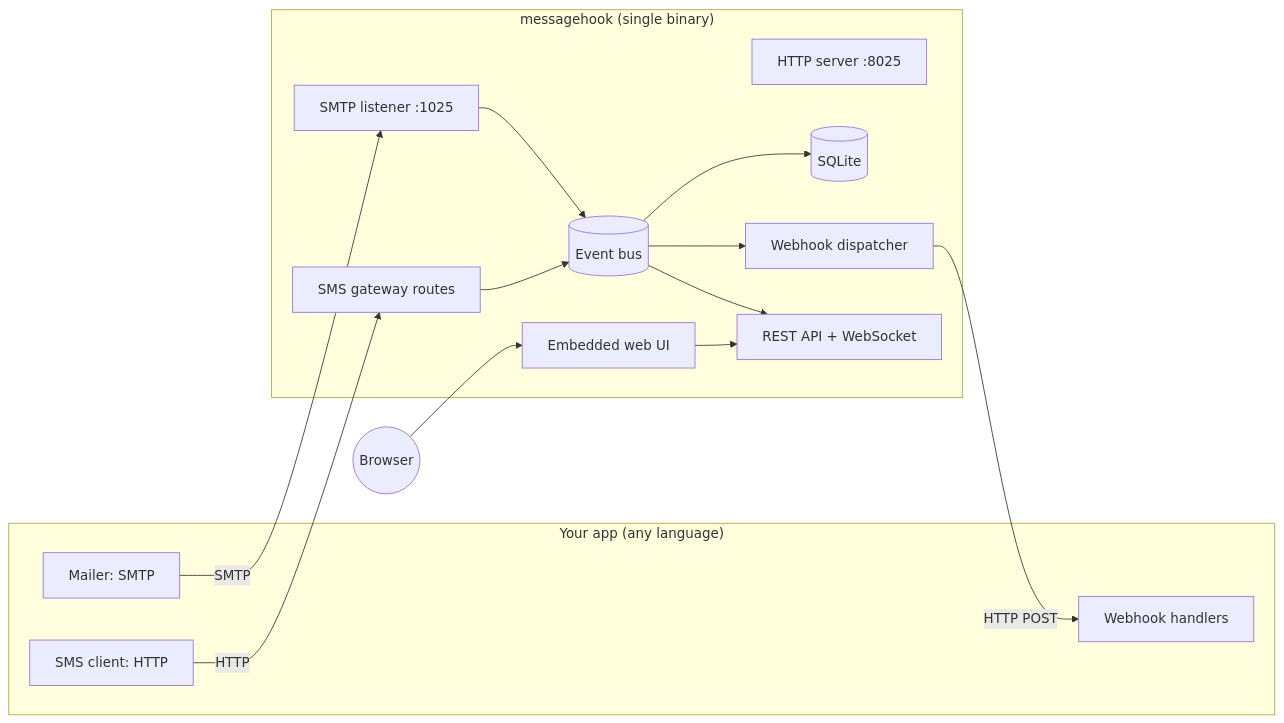
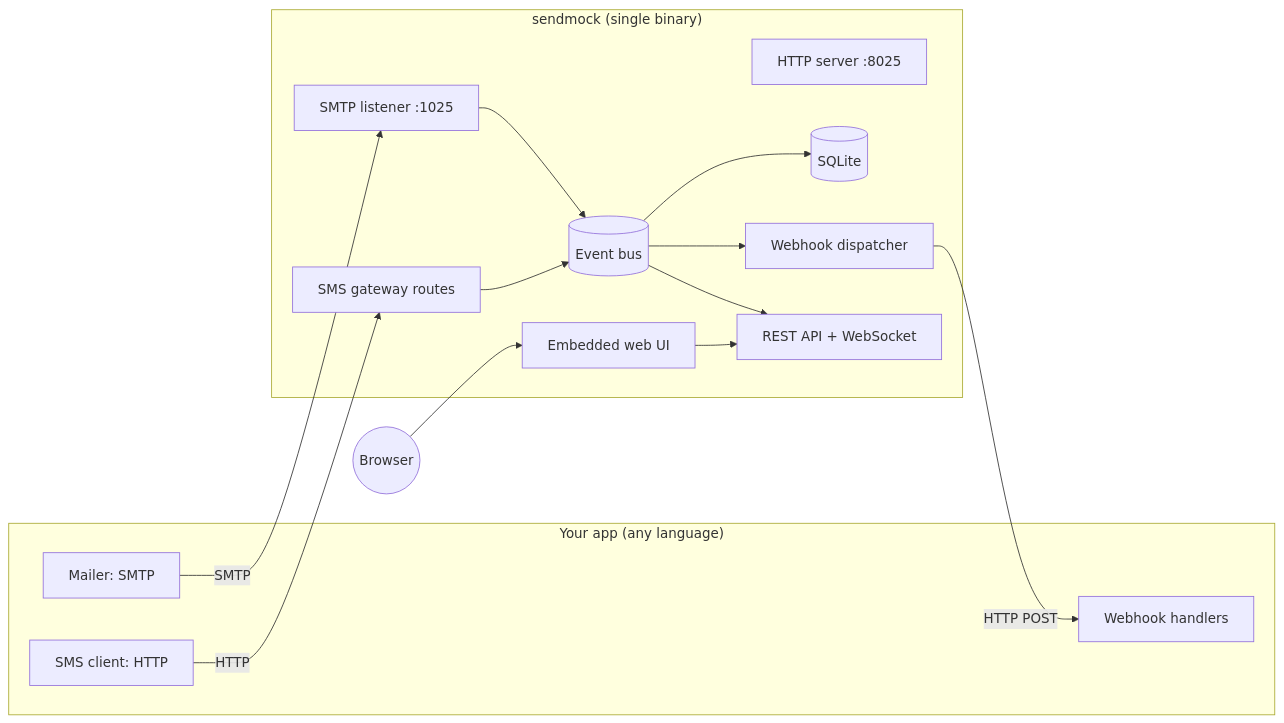
Before and after one commit to shibbirweb/sendmock: the diagram in docs/plan/02-architecture.md, drawn with Mermaid. The commit also changed other lines of this file and 50 other files, not shown here.

````diff
--- a/docs/plan/02-architecture.md
+++ b/docs/plan/02-architecture.md
@@ -5,30 +5,30 @@
 ```mermaid
 flowchart LR
     subgraph YourApp["Your app (any language)"]
         A1[Mailer: SMTP]
         A2[SMS client: HTTP]
         A3[Webhook handlers]
     end
 
-    subgraph MSS["messagehook (single binary)"]
+    subgraph MSS["sendmock (single binary)"]
         SMTP[SMTP listener :1025]
         HTTP[HTTP server :8025]
         SMS[SMS gateway routes]
         API[REST API + WebSocket]
         UI[Embedded web UI]
         BUS[(Event bus)]
         WH[Webhook dispatcher]
         DB[(SQLite)]
     end
 
     A1 -- SMTP --> SMTP
     A2 -- HTTP --> SMS
     SMTP --> BUS
     SMS --> BUS
     BUS --> DB
     BUS --> WH
     BUS --> API
     WH -- HTTP POST --> A3
     Browser((Browser)) --> UI
     UI --> API
 ```
````
